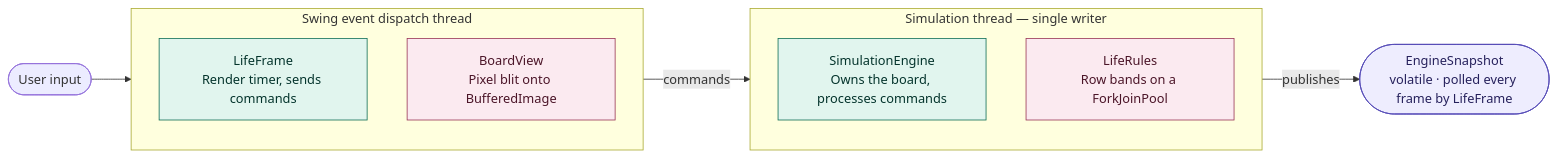
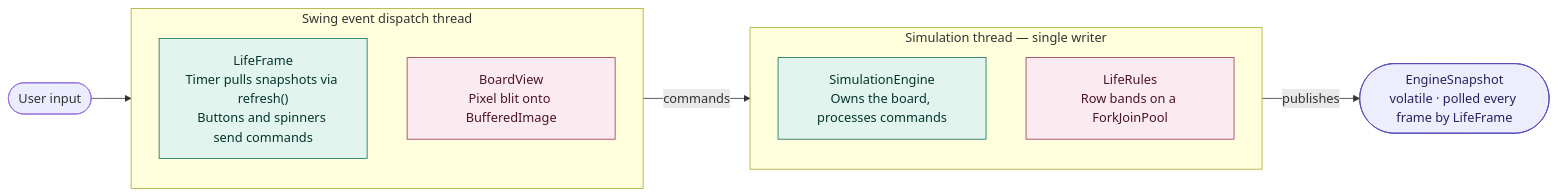
The first of 2 diagrams in README.md (ymoroz89/conway-game-of-life-gui), drawn with Mermaid before and after one commit. The commit also changed other lines of this file and 2 other files, not shown here.

````diff
--- a/README.md
+++ b/README.md
@@ -75,27 +76,27 @@
 ```mermaid
 flowchart LR
     user(["User input"]) --> UI
 
     subgraph UI["Swing event dispatch thread"]
         direction TB
-        LifeFrame["LifeFrame<br/>Render timer, sends commands"]
+        LifeFrame["LifeFrame<br/>Timer pulls snapshots via refresh()<br/>Buttons and spinners send commands"]
         BoardView["BoardView<br/>Pixel blit onto BufferedImage"]
     end
 
     UI -- commands --> ENGINE
 
     subgraph ENGINE["Simulation thread — single writer"]
         direction TB
         SimulationEngine["SimulationEngine<br/>Owns the board, processes commands"]
         LifeRules["LifeRules<br/>Row bands on a ForkJoinPool"]
     end
 
     ENGINE -- publishes --> Snapshot(["EngineSnapshot<br/>volatile · polled every frame by LifeFrame"])
 
     classDef orchestrator fill:#E1F5EE,stroke:#0F6E56,color:#04342C
     classDef worker fill:#FBEAF0,stroke:#993556,color:#4B1528
     classDef state fill:#EEEDFE,stroke:#534AB7,color:#26215C
     class LifeFrame,SimulationEngine orchestrator
     class BoardView,LifeRules worker
     class Snapshot state
 ```
````
